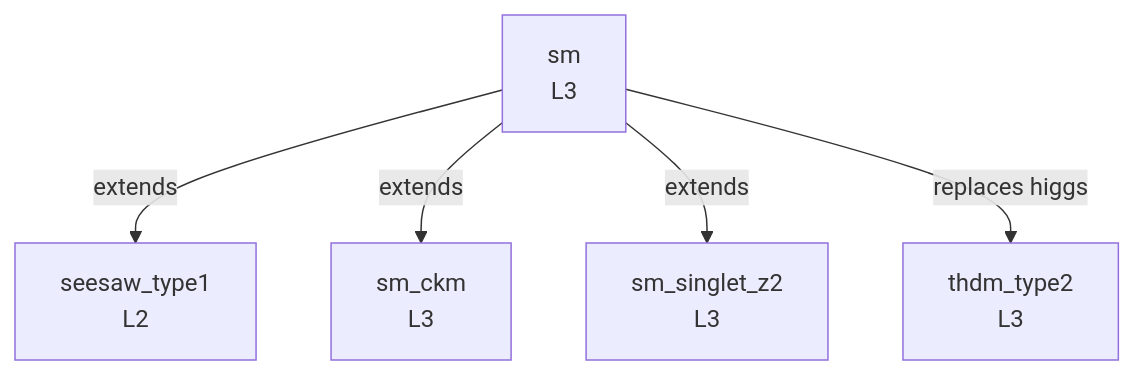
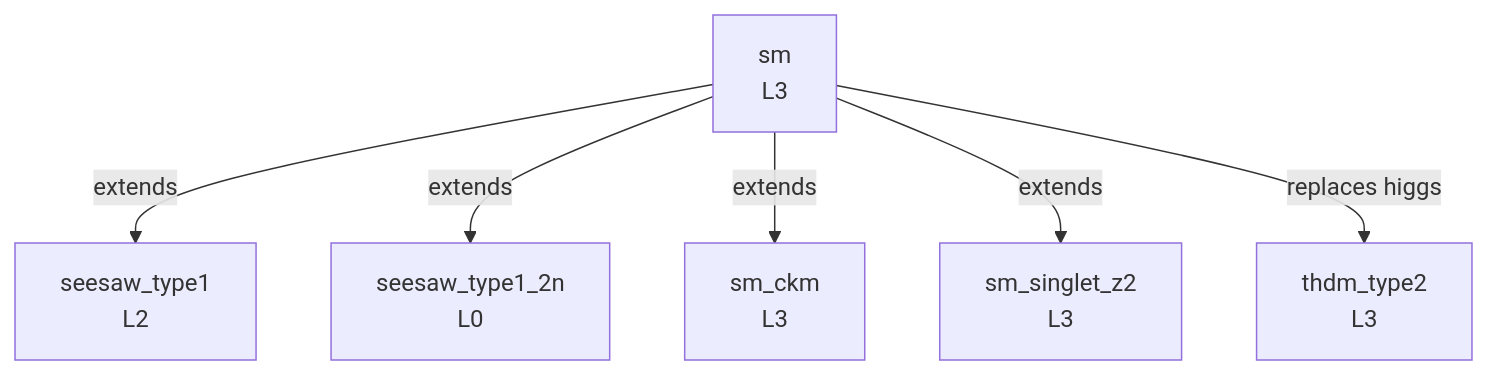
The diagram in GENEALOGY.md (moiseszeleny/feynlag-models), drawn with Mermaid before and after one commit. The commit also changed other lines of this file and 12 other files, not shown here.

First line of the commit message:
Add seesaw_type1_2n at L0: three generations and two right-handed neutrinos

````diff
--- a/GENEALOGY.md
+++ b/GENEALOGY.md
@@ -5,12 +5,14 @@
 ```mermaid
 graph TD
     seesaw_type1["seesaw_type1<br/>L2"]
+    seesaw_type1_2n["seesaw_type1_2n<br/>L0"]
     sm["sm<br/>L3"]
     sm_ckm["sm_ckm<br/>L3"]
     sm_singlet_z2["sm_singlet_z2<br/>L3"]
     thdm_type2["thdm_type2<br/>L3"]
     sm -->|extends| seesaw_type1
+    sm -->|extends| seesaw_type1_2n
     sm -->|extends| sm_ckm
     sm -->|extends| sm_singlet_z2
     sm -->|replaces higgs| thdm_type2
 ```
````
